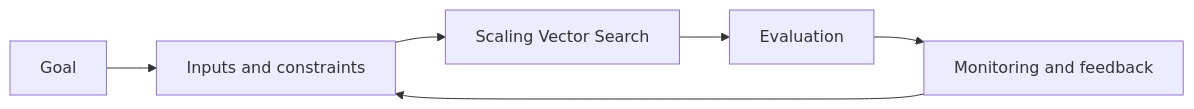
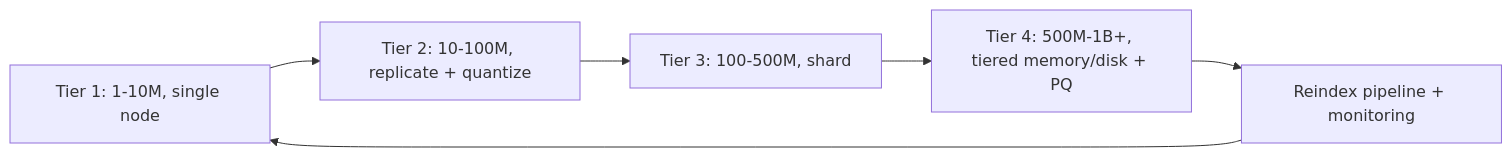
Before and after one commit to Icon1cc/Machine-Learning: the diagram in vector-databases/09-scaling-vector-search.md, drawn with Mermaid. The commit also changed other lines of this file and 264 other files, not shown here.

````diff
--- a/vector-databases/09-scaling-vector-search.md
+++ b/vector-databases/09-scaling-vector-search.md
@@ -92,8 +342,8 @@
 ```mermaid
 flowchart LR
-    A[Goal] --> B[Inputs and constraints]
-    B --> C[Scaling Vector Search]
-    C --> D[Evaluation]
-    D --> E[Monitoring and feedback]
-    E --> B
+    T1[Tier 1: 1-10M, single node] --> T2[Tier 2: 10-100M, replicate + quantize]
+    T2 --> T3[Tier 3: 100-500M, shard]
+    T3 --> T4[Tier 4: 500M-1B+, tiered memory/disk + PQ]
+    T4 --> R[Reindex pipeline + monitoring]
+    R --> T1
 ```
````
